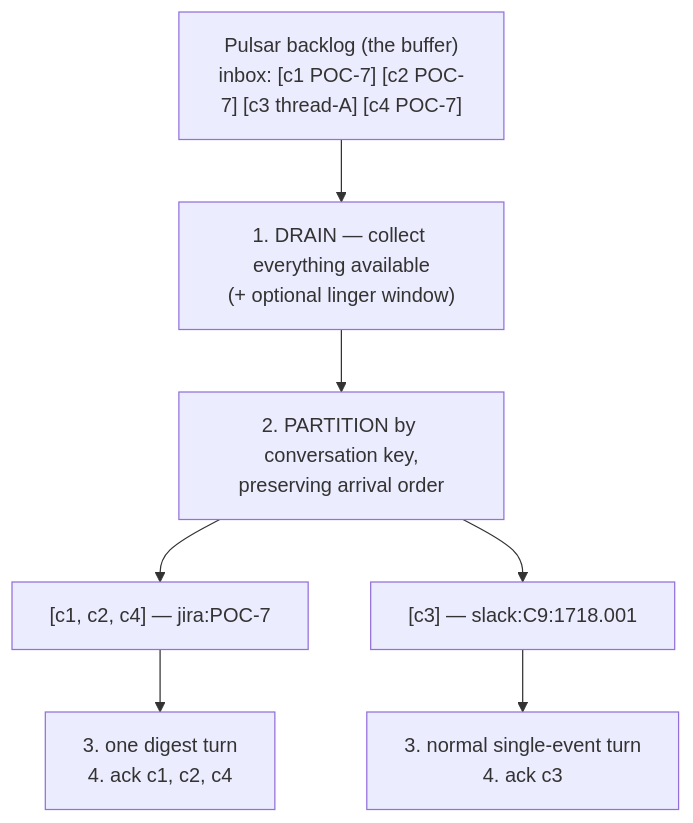
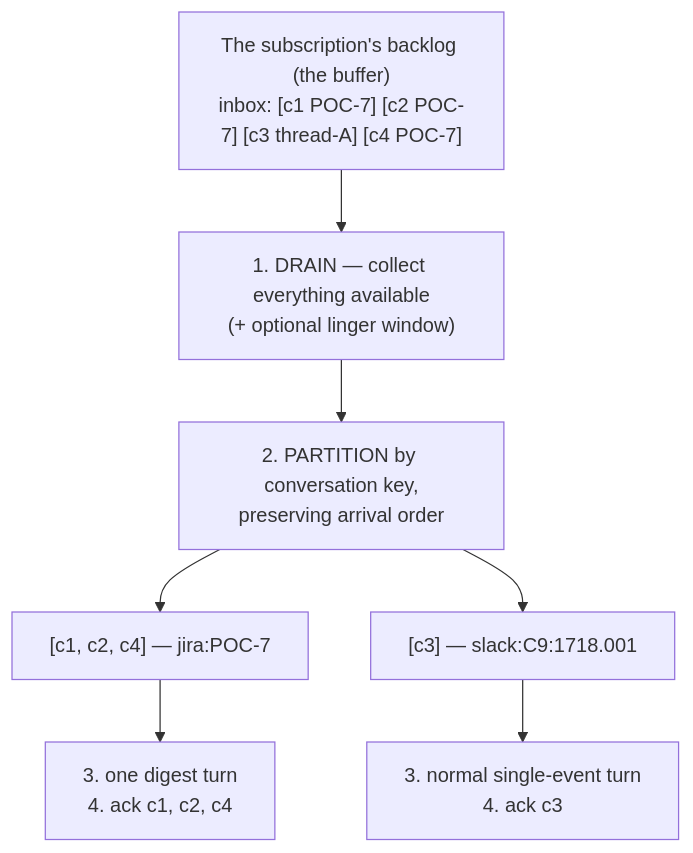
Before and after one commit to crewlet/crewlet: the first of 3 diagrams in docs/concepts/event-system.md, drawn with Mermaid. The commit also changed other lines of this file and 71 other files, not shown here.

````diff
--- a/docs/concepts/event-system.md
+++ b/docs/concepts/event-system.md
@@ -57,13 +123,13 @@
 ```mermaid
 flowchart TD
-    BACKLOG["Pulsar backlog (the buffer)<br/>inbox: [c1 POC-7] [c2 POC-7] [c3 thread-A] [c4 POC-7]"]
+    BACKLOG["The subscription's backlog (the buffer)<br/>inbox: [c1 POC-7] [c2 POC-7] [c3 thread-A] [c4 POC-7]"]
     DRAIN["1. DRAIN — collect everything available<br/>(+ optional linger window)"]
     PART["2. PARTITION by conversation key,<br/>preserving arrival order"]
     P1["[c1, c2, c4] — jira:POC-7"]
     P2["[c3] — slack:C9:1718.001"]
     T1["3. one digest turn<br/>4. ack c1, c2, c4"]
     T2["3. normal single-event turn<br/>4. ack c3"]
     BACKLOG --> DRAIN --> PART
     PART --> P1 --> T1
     PART --> P2 --> T2
 ```
````
